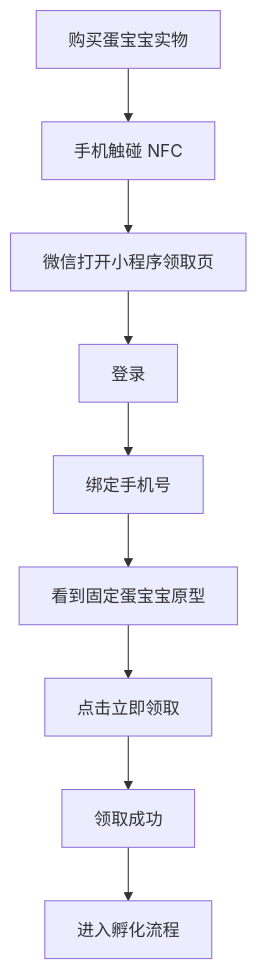
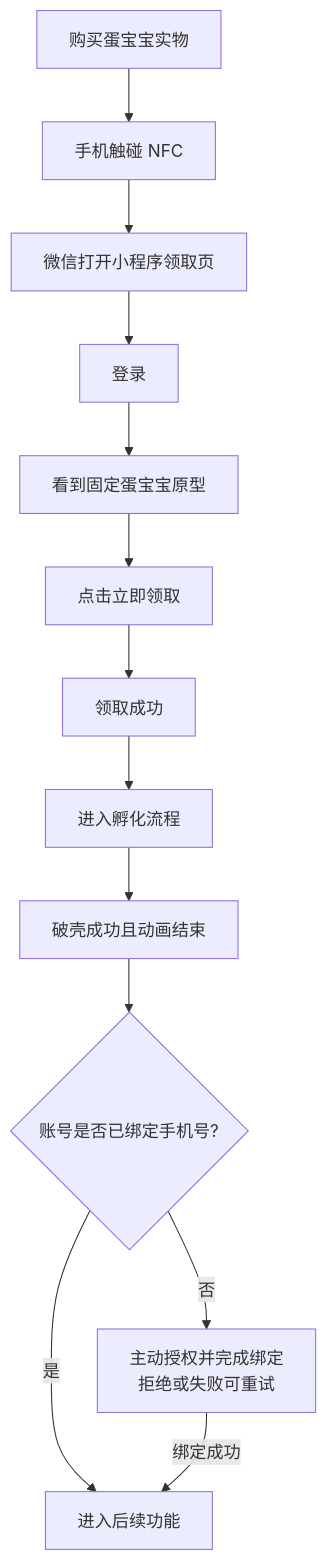
Diagram 19 of 20 in docs/nfc/egg-nfc-lifecycle-flow.md (haixinke/xiaozhi-esp32-server), drawn with Mermaid before and after one commit. The commit also changed other lines of this file and 104 other files, not shown here.

````diff
--- a/docs/nfc/egg-nfc-lifecycle-flow.md
+++ b/docs/nfc/egg-nfc-lifecycle-flow.md
@@ -581,11 +577,15 @@
 ```mermaid
 flowchart TD
     A["购买蛋宝宝实物"] --> B["手机触碰 NFC"]
     B --> C["微信打开小程序领取页"]
     C --> D["登录"]
-    D --> E["绑定手机号"]
-    E --> F["看到固定蛋宝宝原型"]
+    D --> F["看到固定蛋宝宝原型"]
     F --> G["点击立即领取"]
     G --> H["领取成功"]
     H --> I["进入孵化流程"]
+    I --> J["破壳成功且动画结束"]
+    J --> K{"账号是否已绑定手机号?"}
+    K -->|否| L["主动授权并完成绑定<br/>拒绝或失败可重试"]
+    K -->|是| M["进入后续功能"]
+    L -->|绑定成功| M
 ```
````
